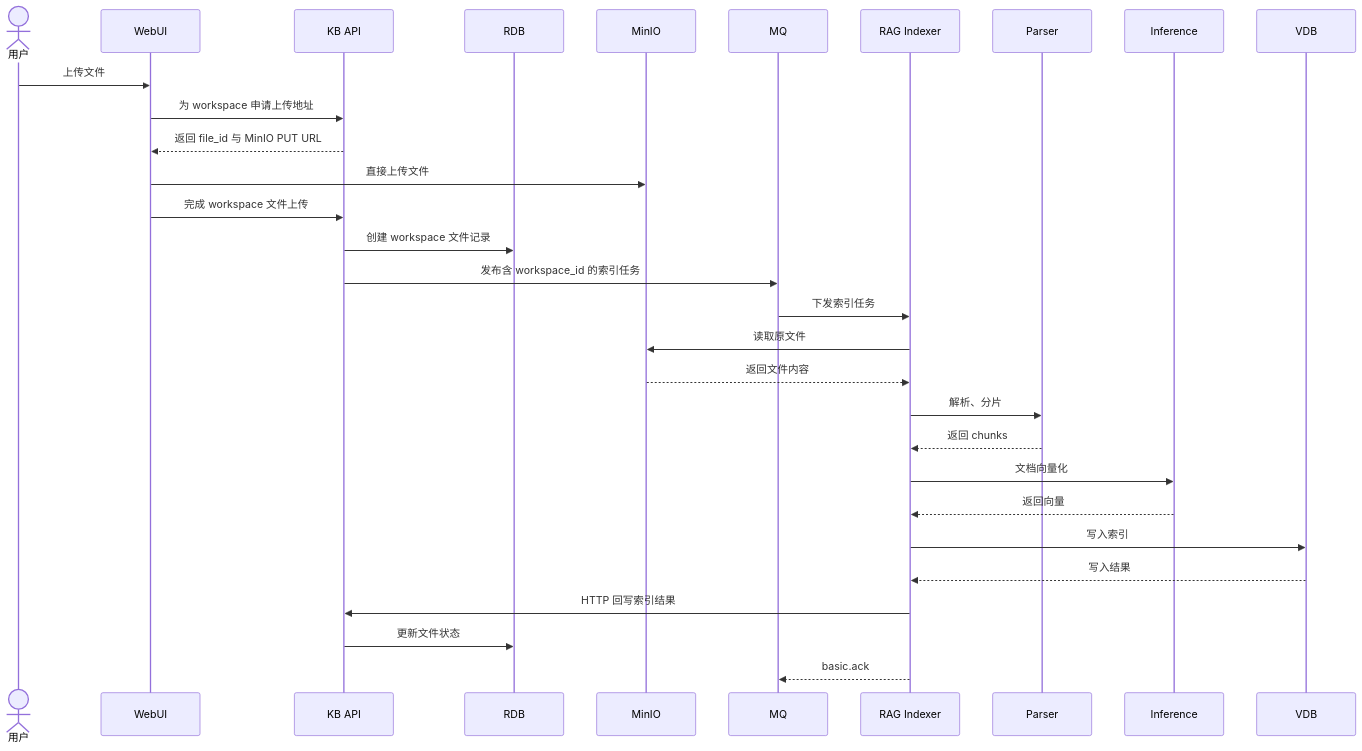
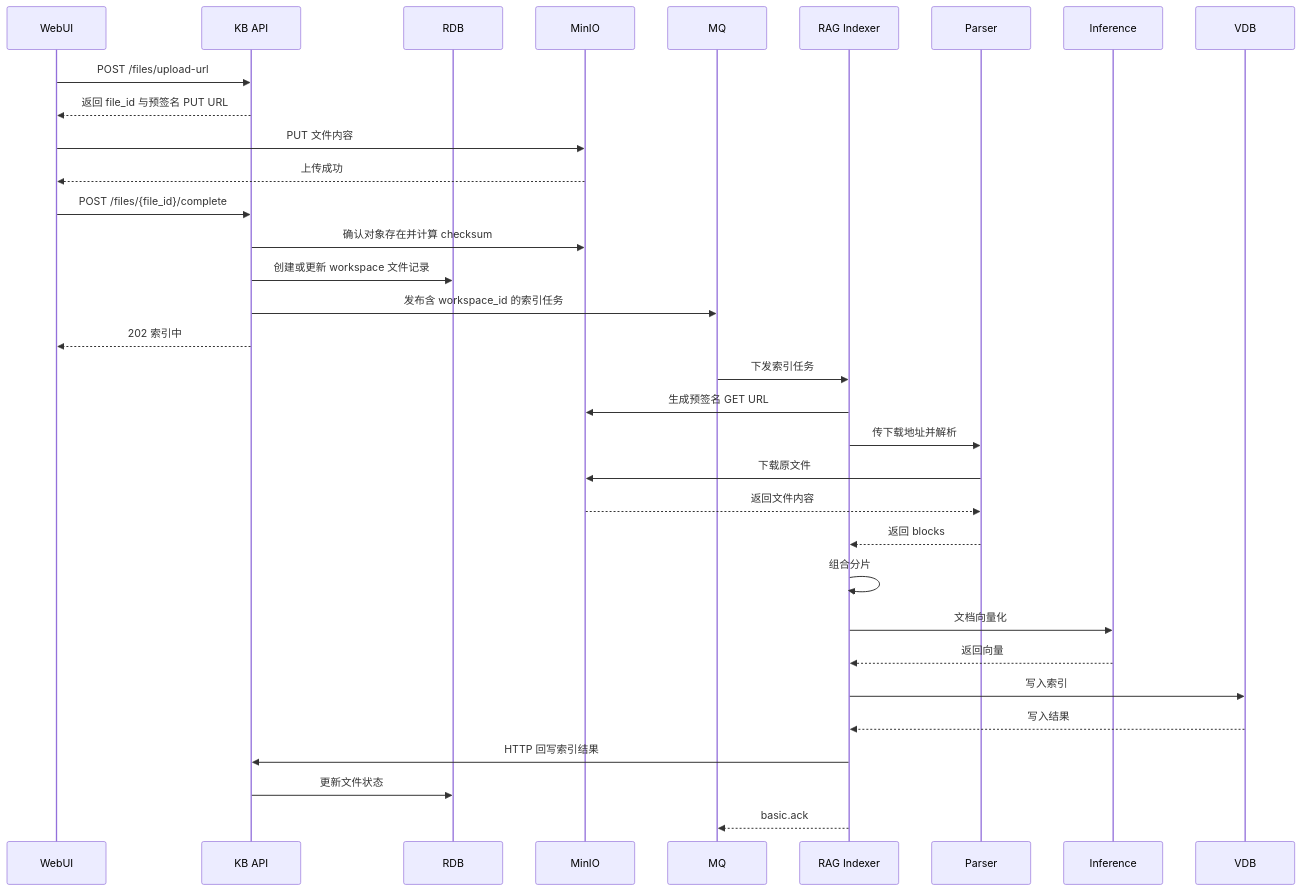
Before and after one commit to guobinqiu/kb: the third of 4 diagrams in docs/interaction-design.md, drawn with Mermaid. The commit also changed other lines of this file and 5 other files, not shown here.

````diff
--- a/docs/interaction-design.md
+++ b/docs/interaction-design.md
@@ -66,34 +151,37 @@
 ```mermaid
 sequenceDiagram
-    actor User as 用户
     participant WebUI
     participant KBAPI as KB API
     participant RDB
     participant MinIO
     participant MQ
     participant Indexer as RAG Indexer
     participant Parser
     participant Inference
     participant VDB
 
-    User->>WebUI: 上传文件
-    WebUI->>KBAPI: 为 workspace 申请上传地址
-    KBAPI-->>WebUI: 返回 file_id 与 MinIO PUT URL
-    WebUI->>MinIO: 直接上传文件
-    WebUI->>KBAPI: 完成 workspace 文件上传
-    KBAPI->>RDB: 创建 workspace 文件记录
+    WebUI->>KBAPI: POST /files/upload-url
+    KBAPI-->>WebUI: 返回 file_id 与预签名 PUT URL
+    WebUI->>MinIO: PUT 文件内容
+    MinIO-->>WebUI: 上传成功
+    WebUI->>KBAPI: POST /files/{file_id}/complete
+    KBAPI->>MinIO: 确认对象存在并计算 checksum
+    KBAPI->>RDB: 创建或更新 workspace 文件记录
     KBAPI->>MQ: 发布含 workspace_id 的索引任务
+    KBAPI-->>WebUI: 202 索引中
 
     MQ->>Indexer: 下发索引任务
-    Indexer->>MinIO: 读取原文件
-    MinIO-->>Indexer: 返回文件内容
-    Indexer->>Parser: 解析、分片
-    Parser-->>Indexer: 返回 chunks
+    Indexer->>MinIO: 生成预签名 GET URL
+    Indexer->>Parser: 传下载地址并解析
+    Parser->>MinIO: 下载原文件
+    MinIO-->>Parser: 返回文件内容
+    Parser-->>Indexer: 返回 blocks
+    Indexer->>Indexer: 组合分片
     Indexer->>Inference: 文档向量化
     Inference-->>Indexer: 返回向量
     Indexer->>VDB: 写入索引
     VDB-->>Indexer: 写入结果
     Indexer->>KBAPI: HTTP 回写索引结果
     KBAPI->>RDB: 更新文件状态
     Indexer-->>MQ: basic.ack
 ```
````
